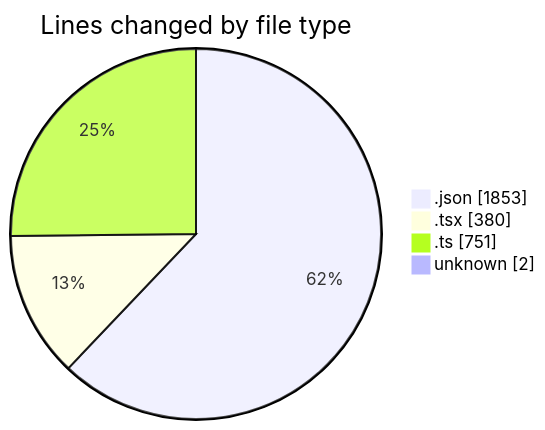
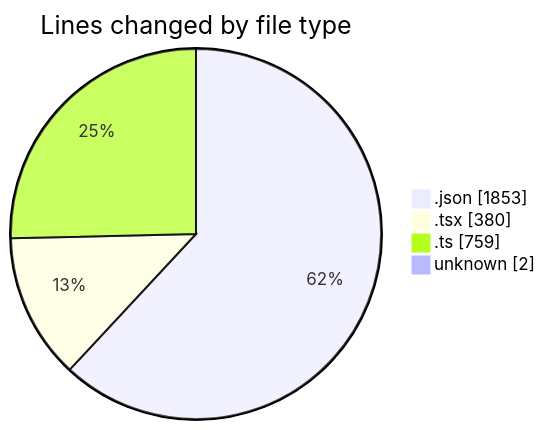
The first of 2 diagrams in 2025-11-19/eventscop-frontend-guide__workspace_/README.md (julien-gomy/code-tracking), drawn with Mermaid before and after one commit. The commit also changed other lines of this file and 1 other file, not shown here.

````diff
--- a/2025-11-19/eventscop-frontend-guide__workspace_/README.md
+++ b/2025-11-19/eventscop-frontend-guide__workspace_/README.md
@@ -40,8 +40,8 @@
 ```mermaid
 pie showData
 title Lines changed by file type
 ".json" : 1853
 ".tsx" : 380
-".ts" : 751
+".ts" : 759
 "unknown" : 2
 ```
````
